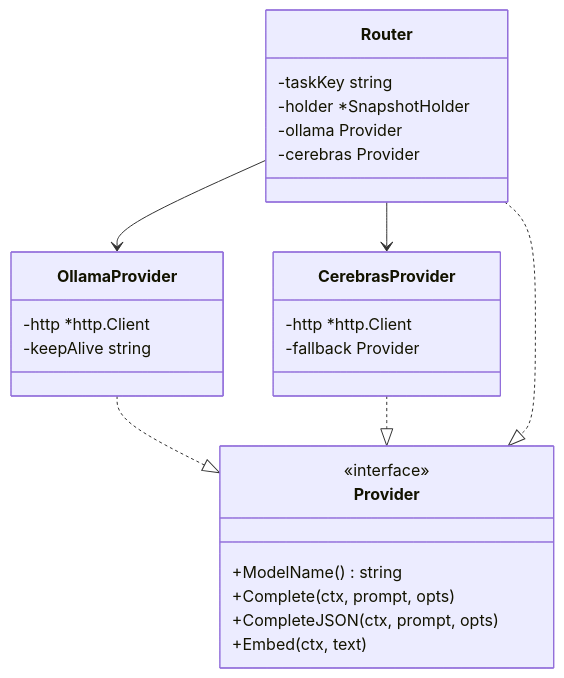
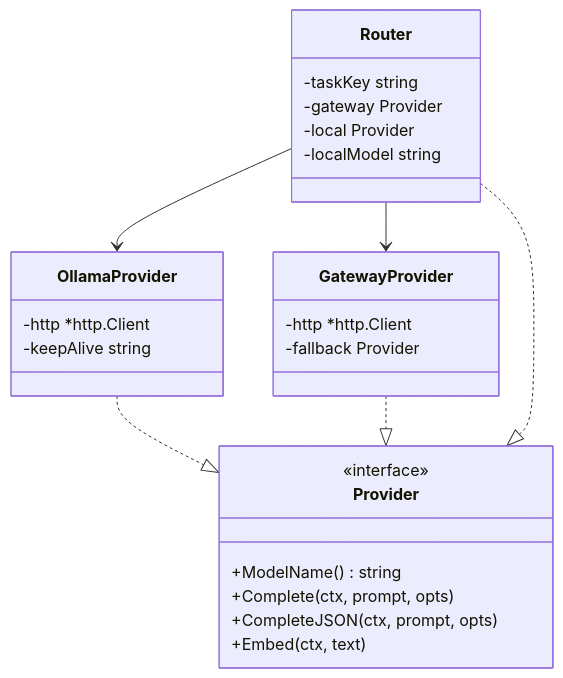
One commit to nonamecat19/job-finder changed the first of 4 diagrams in docs/docs/ai/llm-abstraction.md. Above: the diagram before and after it, drawn with Mermaid. The commit also changed other lines of this file and 15 other files, not shown here.

````diff
--- a/docs/docs/ai/llm-abstraction.md
+++ b/docs/docs/ai/llm-abstraction.md
@@ -38,29 +48,29 @@
 ```mermaid
 classDiagram
     class Provider {
         <<interface>>
         +ModelName() string
         +Complete(ctx, prompt, opts)
         +CompleteJSON(ctx, prompt, opts)
         +Embed(ctx, text)
     }
     class OllamaProvider {
         -http *http.Client
         -keepAlive string
     }
-    class CerebrasProvider {
+    class GatewayProvider {
         -http *http.Client
         -fallback Provider
     }
     class Router {
         -taskKey string
-        -holder *SnapshotHolder
-        -ollama Provider
-        -cerebras Provider
+        -gateway Provider
+        -local Provider
+        -localModel string
     }
     OllamaProvider ..|> Provider
-    CerebrasProvider ..|> Provider
+    GatewayProvider ..|> Provider
     Router ..|> Provider
     Router --> OllamaProvider
-    Router --> CerebrasProvider
+    Router --> GatewayProvider
 ```
````
